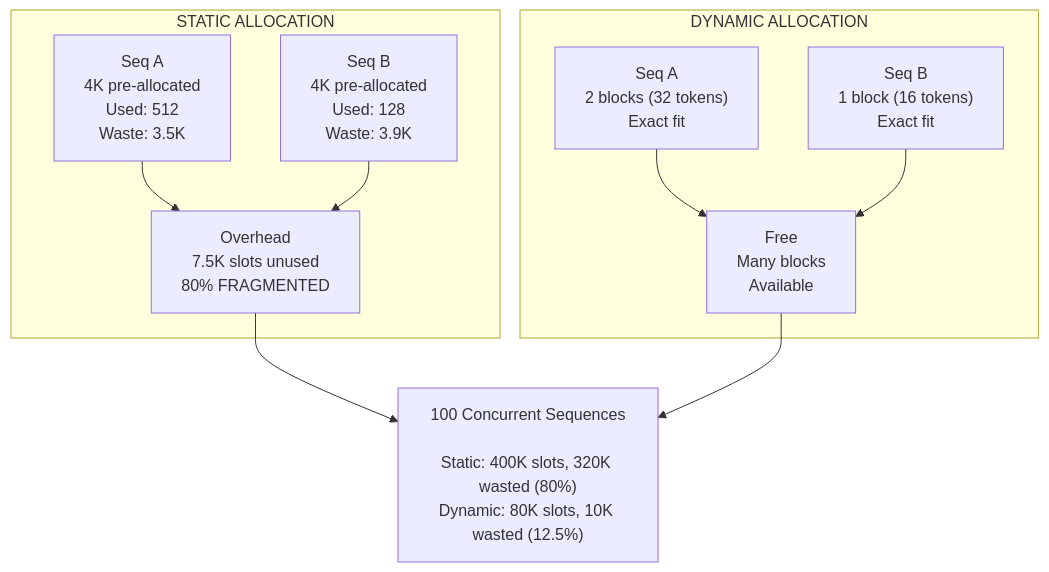
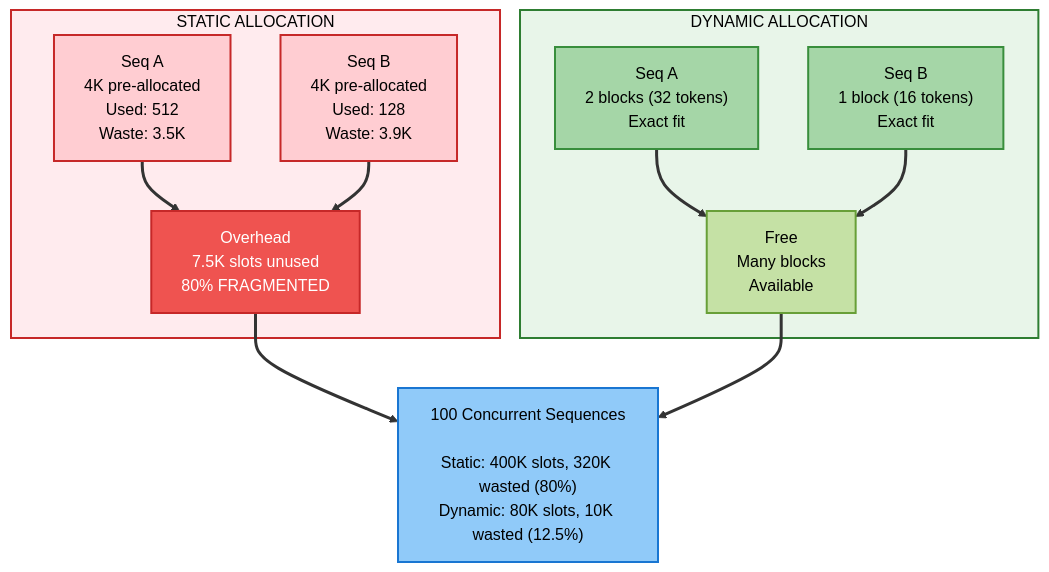
Before and after one commit to Shahriarin2garden/vllm_from_scratch: the third of 15 diagrams in lab0.3/README.md, drawn with Mermaid. The commit also changed other lines of this file and 2 other files, not shown here.

Commit message:
Enhance README with detailed mermaid diagrams for KV cache performance, memory fragmentation, and eviction strategies; add .gitignore to exclude plans directory from version control.

````diff
--- a/lab0.3/README.md
+++ b/lab0.3/README.md
@@ -213,23 +239,35 @@
 ```mermaid
 graph TD
-    subgraph STATIC["STATIC ALLOCATION"]
+    subgraph STATIC [" STATIC ALLOCATION "]
         S1["Seq A<br/>4K pre-allocated<br/>Used: 512<br/>Waste: 3.5K"]
         S2["Seq B<br/>4K pre-allocated<br/>Used: 128<br/>Waste: 3.9K"]
         S3["Overhead<br/>7.5K slots unused<br/>80% FRAGMENTED"]
     end
     
-    subgraph DYNAMIC["DYNAMIC ALLOCATION"]
+    subgraph DYNAMIC [" DYNAMIC ALLOCATION "]
         D1["Seq A<br/>2 blocks (32 tokens)<br/>Exact fit"]
         D2["Seq B<br/>1 block (16 tokens)<br/>Exact fit"]
         D3["Free<br/>Many blocks<br/>Available"]
     end
     
     STATS["100 Concurrent Sequences<br/><br/>Static: 400K slots, 320K wasted (80%)<br/>Dynamic: 80K slots, 10K wasted (12.5%)"]
     
     S1 --> S3
     S2 --> S3
     D1 --> D3
     D2 --> D3
     S3 --> STATS
     D3 --> STATS
+    
+    linkStyle default stroke:#333,stroke-width:3px
+    
+    style STATIC fill:#ffebee,stroke:#c62828,stroke-width:2px,color:#000
+    style DYNAMIC fill:#e8f5e9,stroke:#2e7d32,stroke-width:2px,color:#000
+    style S1 fill:#ffcdd2,stroke:#c62828,stroke-width:2px,color:#000
+    style S2 fill:#ffcdd2,stroke:#c62828,stroke-width:2px,color:#000
+    style S3 fill:#ef5350,stroke:#c62828,stroke-width:2px,color:#fff
+    style D1 fill:#a5d6a7,stroke:#388e3c,stroke-width:2px,color:#000
+    style D2 fill:#a5d6a7,stroke:#388e3c,stroke-width:2px,color:#000
+    style D3 fill:#c5e1a5,stroke:#689f38,stroke-width:2px,color:#000
+    style STATS fill:#90caf9,stroke:#1976d2,stroke-width:2px,color:#000
 ```
````
